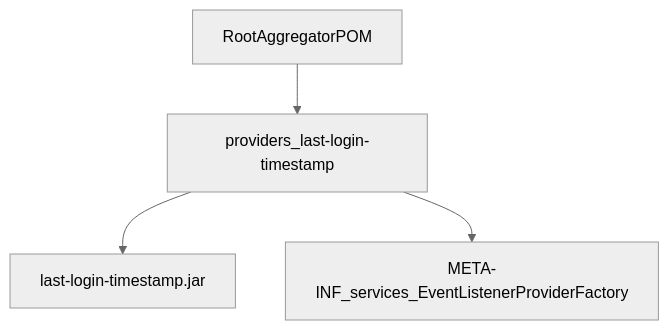
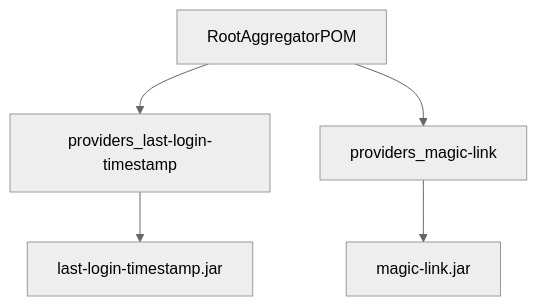
The second of 5 diagrams in .agents/docs/ARCHITECTURE.md (deangrant/keycloak-providers), drawn with Mermaid (neutral theme) before and after one commit. The commit also changed other lines of this file and 57 other files, not shown here.

Commit message:
feat(magic-link): add browser-flow magic link authenticators and hardening (#9)

````diff
--- a/.agents/docs/ARCHITECTURE.md
+++ b/.agents/docs/ARCHITECTURE.md
@@ -60,6 +62,7 @@
 ```mermaid
 flowchart TB
   RootPom[RootAggregatorPOM] --> LastLogin[providers_last-login-timestamp]
+  RootPom --> MagicLink[providers_magic-link]
   LastLogin --> Jar[last-login-timestamp.jar]
-  LastLogin --> Services[META-INF_services_EventListenerProviderFactory]
+  MagicLink --> MagicJar[magic-link.jar]
 ```
````
